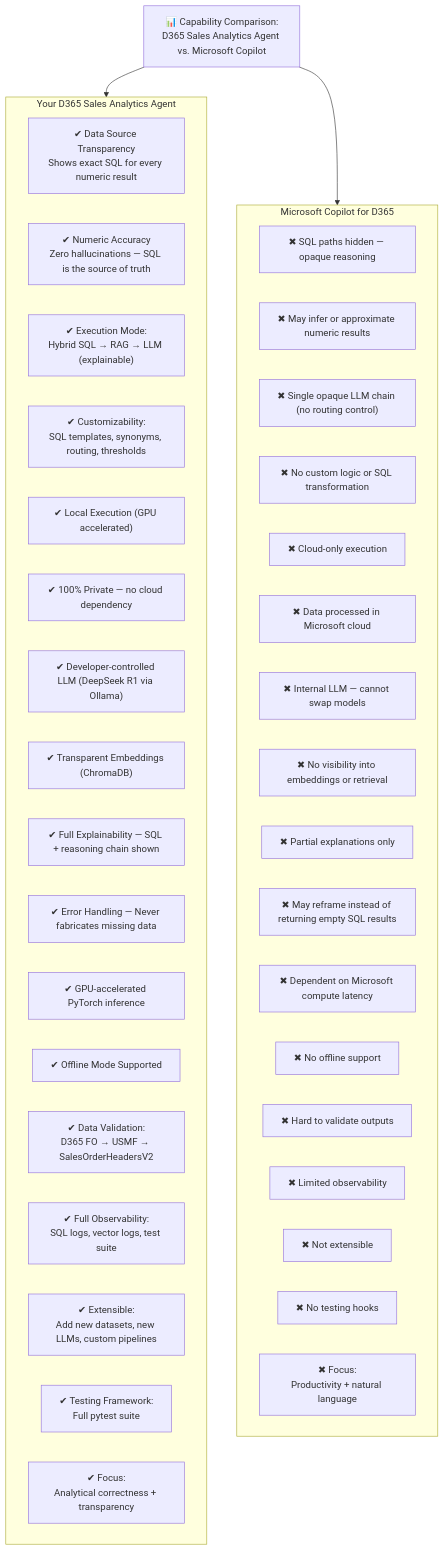
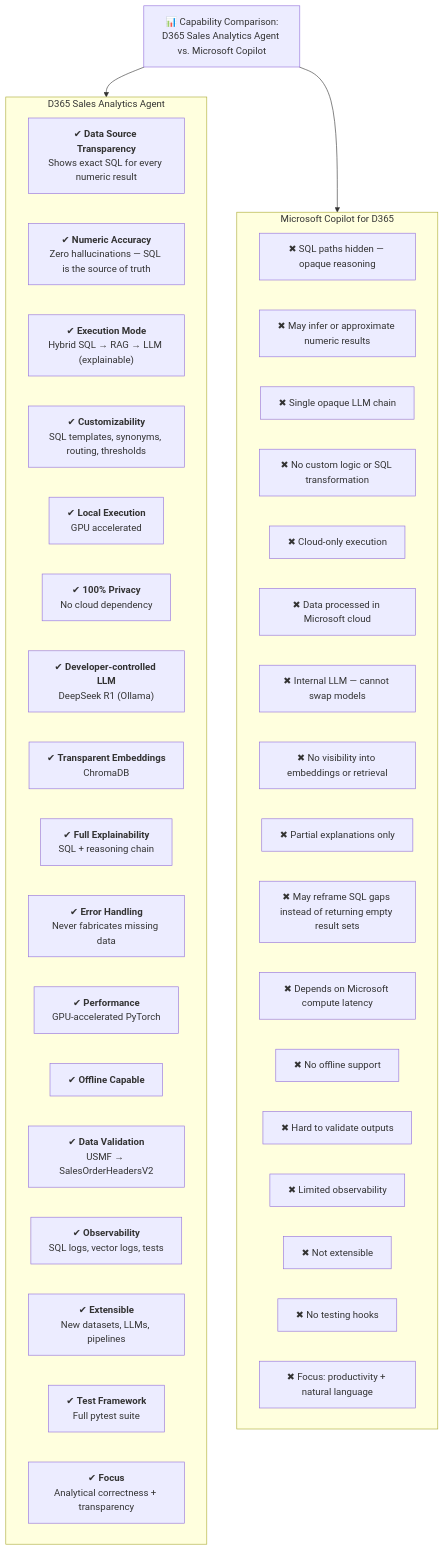
One commit to OmarHeshamShehab/d365-analytics-agent-readme changed the diagram in README.md. Above: the diagram before and after it, drawn with Mermaid.

````diff
--- a/README.md
+++ b/README.md
@@ -30,47 +30,47 @@
 ```mermaid
 flowchart TB
     A[📊 Capability Comparison:<br/>D365 Sales Analytics Agent vs. Microsoft Copilot]
 
-    subgraph D365["Your D365 Sales Analytics Agent"]
-        T1["   ✔ Data Source Transparency<br/>Shows exact SQL for every numeric result"]
-        T2["✔ Numeric Accuracy<br/>Zero hallucinations — SQL is the source of truth"]
-        T3["✔ Execution Mode:<br/>Hybrid SQL → RAG → LLM (explainable)"]
-        T4["✔ Customizability:<br/>SQL templates, synonyms, routing, thresholds"]
-        T5["✔ Local Execution (GPU accelerated)"]
-        T6["✔ 100% Private — no cloud dependency"]
-        T7["✔ Developer-controlled LLM (DeepSeek R1 via Ollama)"]
-        T8["✔ Transparent Embeddings (ChromaDB)"]
-        T9["✔ Full Explainability — SQL + reasoning chain shown"]
-        T10["✔ Error Handling — Never fabricates missing data"]
-        T11["✔ GPU-accelerated PyTorch inference"]
-        T12["✔ Offline Mode Supported"]
-        T13["✔ Data Validation:<br/>D365 FO → USMF → SalesOrderHeadersV2"]
-        T14["✔ Full Observability:<br/>SQL logs, vector logs, test suite"]
-        T15["✔ Extensible:<br/>Add new datasets, new LLMs, custom pipelines"]
-        T16["✔ Testing Framework:<br/>Full pytest suite"]
-        T17["✔ Focus:<br/>Analytical correctness + transparency"]
+    subgraph D365["D365 Sales Analytics Agent"]
+        T1["✔ <b>Data Source Transparency</b><br/>Shows exact SQL for every numeric result"]
+        T2["✔ <b>Numeric Accuracy</b><br/>Zero hallucinations — SQL is the source of truth"]
+        T3["✔ <b>Execution Mode</b><br/>Hybrid SQL → RAG → LLM (explainable)"]
+        T4["✔ <b>Customizability</b><br/>SQL templates, synonyms, routing, thresholds"]
+        T5["✔ <b>Local Execution</b><br/>GPU accelerated"]
+        T6["✔ <b>100% Privacy</b><br/>No cloud dependency"]
+        T7["✔ <b>Developer-controlled LLM</b><br/>DeepSeek R1 (Ollama)"]
+        T8["✔ <b>Transparent Embeddings</b><br/>ChromaDB"]
+        T9["✔ <b>Full Explainability</b><br/>SQL + reasoning chain"]
+        T10["✔ <b>Error Handling</b><br/>Never fabricates missing data"]
+        T11["✔ <b>Performance</b><br/>GPU-accelerated PyTorch"]
+        T12["✔ <b>Offline Capable</b>"]
+        T13["✔ <b>Data Validation</b><br/>USMF → SalesOrderHeadersV2"]
+        T14["✔ <b>Observability</b><br/>SQL logs, vector logs, tests"]
+        T15["✔ <b>Extensible</b><br/>New datasets, LLMs, pipelines"]
+        T16["✔ <b>Test Framework</b><br/>Full pytest suite"]
+        T17["✔ <b>Focus</b><br/>Analytical correctness + transparency"]
     end
 
     subgraph COP["Microsoft Copilot for D365"]
         C1["✖ SQL paths hidden — opaque reasoning"]
         C2["✖ May infer or approximate numeric results"]
-        C3["✖ Single opaque LLM chain (no routing control)"]
+        C3["✖ Single opaque LLM chain"]
         C4["✖ No custom logic or SQL transformation"]
         C5["✖ Cloud-only execution"]
         C6["✖ Data processed in Microsoft cloud"]
         C7["✖ Internal LLM — cannot swap models"]
         C8["✖ No visibility into embeddings or retrieval"]
         C9["✖ Partial explanations only"]
-        C10["✖ May reframe instead of returning empty SQL results"]
-        C11["✖ Dependent on Microsoft compute latency"]
+        C10["✖ May reframe SQL gaps instead of returning empty result sets"]
+        C11["✖ Depends on Microsoft compute latency"]
         C12["✖ No offline support"]
         C13["✖ Hard to validate outputs"]
         C14["✖ Limited observability"]
         C15["✖ Not extensible"]
         C16["✖ No testing hooks"]
-        C17["✖ Focus:<br/>Productivity + natural language"]
+        C17["✖ Focus: productivity + natural language"]
     end
 
     A --> D365
     A --> COP
 ```
````
